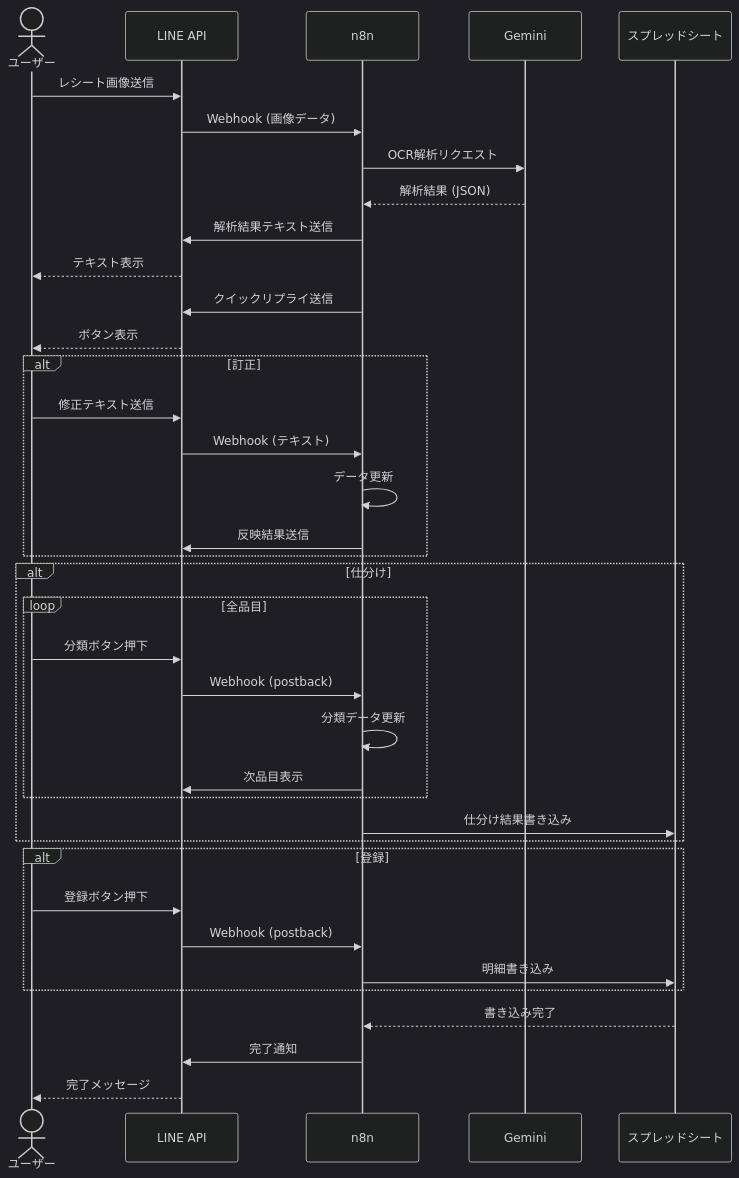
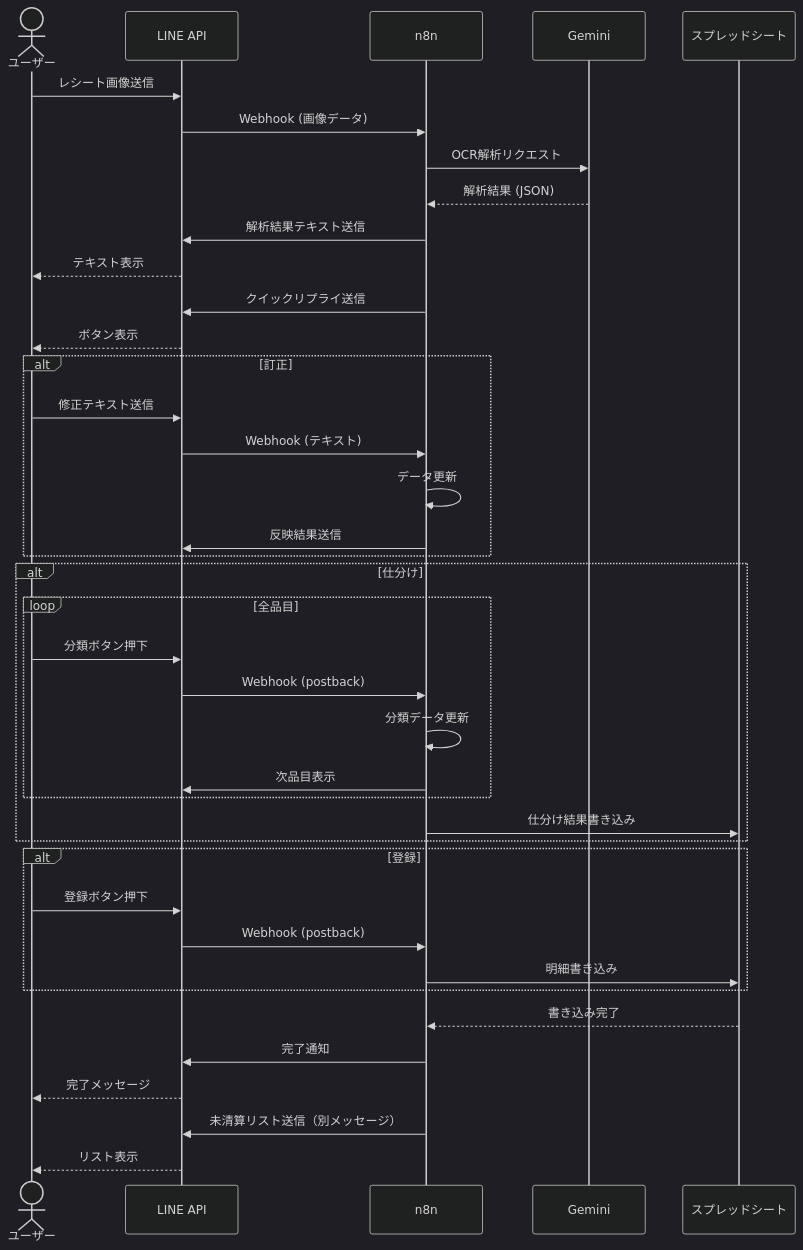
Before and after one commit to pigmontower/household-settlement-workflow-claude: the second of 4 diagrams in working-directory/docs/03_basic_design/BASIC_DESIGN.md, drawn with Mermaid (dark theme). The commit also changed other lines of this file, not shown here.

````diff
--- a/working-directory/docs/03_basic_design/BASIC_DESIGN.md
+++ b/working-directory/docs/03_basic_design/BASIC_DESIGN.md
@@ -173,44 +173,46 @@
 ```mermaid
 sequenceDiagram
     actor ユーザー
     participant LINE as LINE API
     participant N8N as n8n
     participant GEMINI as Gemini
     participant SHEET as スプレッドシート
 
     ユーザー->>LINE: レシート画像送信
     LINE->>N8N: Webhook (画像データ)
     N8N->>GEMINI: OCR解析リクエスト
     GEMINI-->>N8N: 解析結果 (JSON)
     N8N->>LINE: 解析結果テキスト送信
     LINE-->>ユーザー: テキスト表示
     N8N->>LINE: クイックリプライ送信
     LINE-->>ユーザー: ボタン表示
 
     alt 訂正
         ユーザー->>LINE: 修正テキスト送信
         LINE->>N8N: Webhook (テキスト)
         N8N->>N8N: データ更新
         N8N->>LINE: 反映結果送信
     end
 
     alt 仕分け
         loop 全品目
             ユーザー->>LINE: 分類ボタン押下
             LINE->>N8N: Webhook (postback)
             N8N->>N8N: 分類データ更新
             N8N->>LINE: 次品目表示
         end
         N8N->>SHEET: 仕分け結果書き込み
     end
 
     alt 登録
         ユーザー->>LINE: 登録ボタン押下
         LINE->>N8N: Webhook (postback)
         N8N->>SHEET: 明細書き込み
     end
 
     SHEET-->>N8N: 書き込み完了
     N8N->>LINE: 完了通知
     LINE-->>ユーザー: 完了メッセージ
+    N8N->>LINE: 未清算リスト送信（別メッセージ）
+    LINE-->>ユーザー: リスト表示
 ```
````
